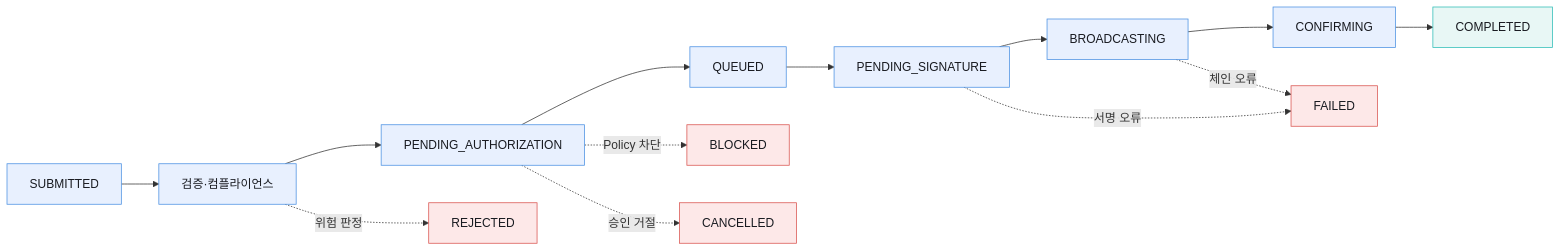
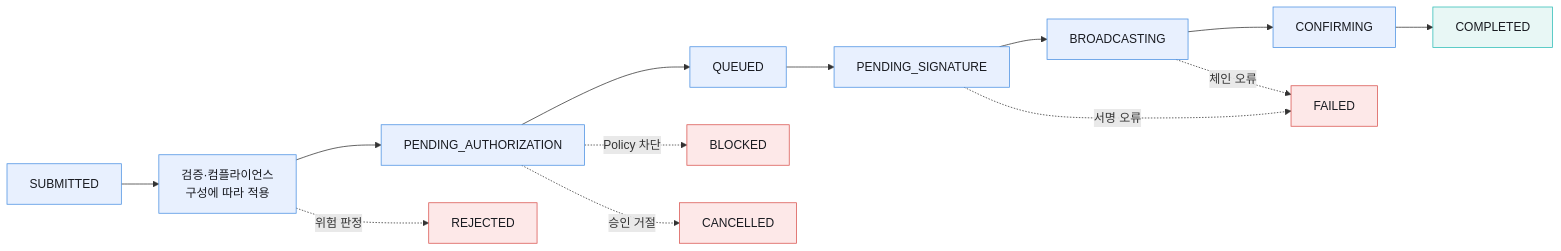
One commit to eunsujeo/eunpus changed the first of 3 diagrams in blockchain-manager/docs/온보딩/Fireblocks/02-transaction-policy-approval.md. Above: the diagram before and after it, drawn with Mermaid. The commit also changed other lines of this file and 24 other files, not shown here.

````diff
--- a/blockchain-manager/docs/온보딩/Fireblocks/02-transaction-policy-approval.md
+++ b/blockchain-manager/docs/온보딩/Fireblocks/02-transaction-policy-approval.md
@@ -15,22 +15,22 @@
 ```mermaid
 flowchart LR
-    A[SUBMITTED] --> B[검증·컴플라이언스]
+    A[SUBMITTED] --> B[검증·컴플라이언스<br/>구성에 따라 적용]
     B --> C[PENDING_AUTHORIZATION]
     C --> D[QUEUED]
     D --> E[PENDING_SIGNATURE]
     E --> F[BROADCASTING]
     F --> G[CONFIRMING]
     G --> H[COMPLETED]
     B -.위험 판정.-> R[REJECTED]
     C -.Policy 차단.-> K[BLOCKED]
     C -.승인 거절.-> X[CANCELLED]
     E -.서명 오류.-> Y[FAILED]
     F -.체인 오류.-> Y
 
     classDef normal fill:#e8f0fe,stroke:#4a90e2,color:#181a20
     classDef done fill:#e8f7f5,stroke:#2dbdb6,color:#181a20
     classDef stop fill:#fde8e8,stroke:#d9534f,color:#181a20
     class A,B,C,D,E,F,G normal
     class H done
     class R,K,X,Y stop
 ```
````
